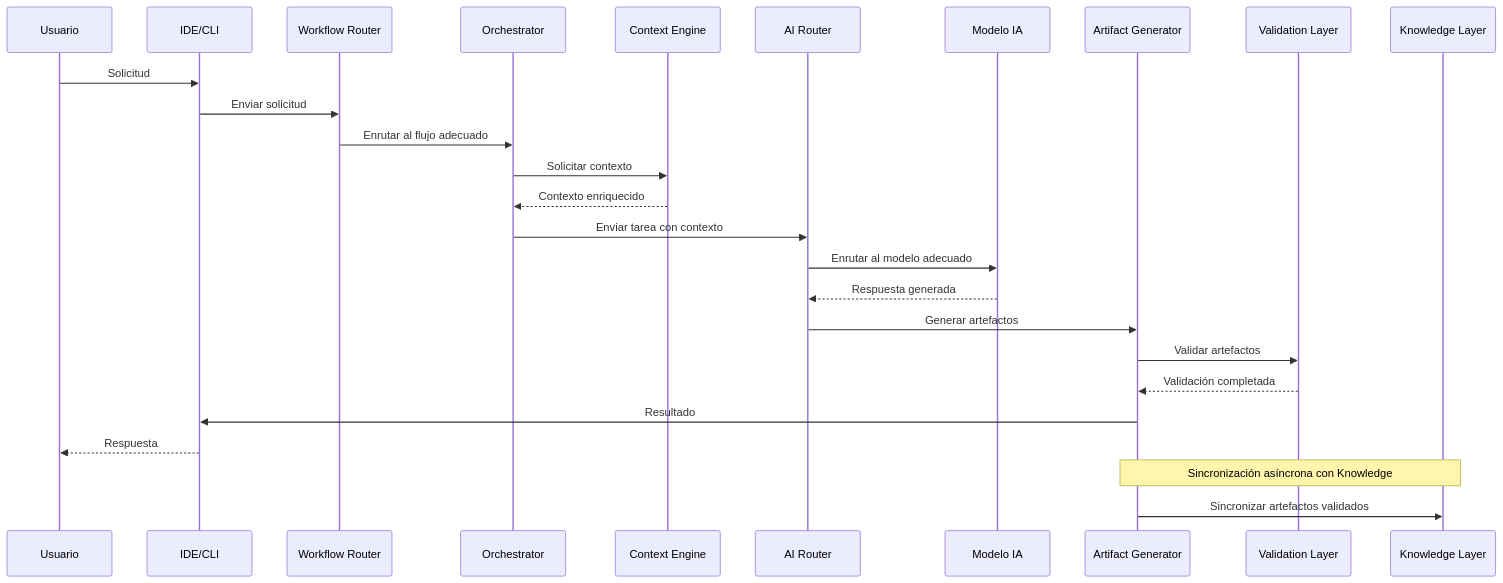
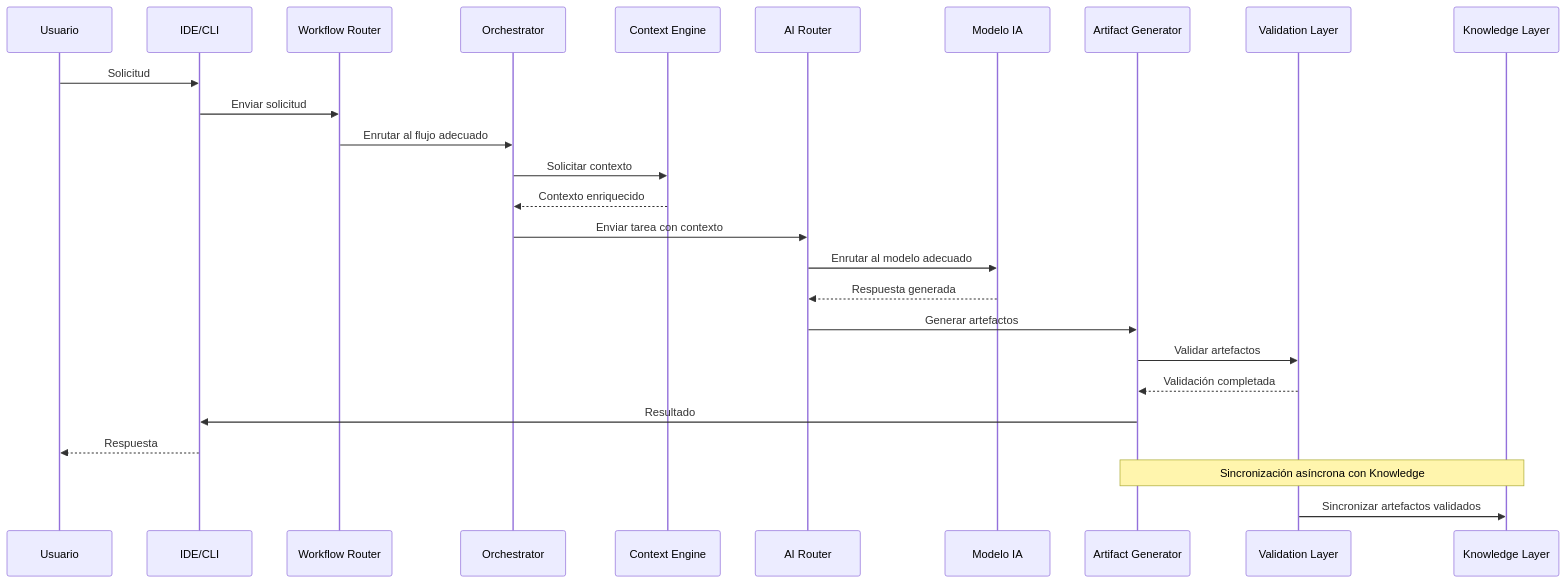
Before and after one commit to EQ-LABS-TECH/ee-monorepo: the fourth of 5 diagrams in docs/architecture/EE-DOC-004_Engineering_Architecture.md, drawn with Mermaid. The commit also changed other lines of this file and 14 other files, not shown here.

````diff
--- a/docs/architecture/EE-DOC-004_Engineering_Architecture.md
+++ b/docs/architecture/EE-DOC-004_Engineering_Architecture.md
@@ -363,30 +398,30 @@
 ```mermaid
 sequenceDiagram
-    participant U as Usuario
-    participant I as IDE/CLI
-    participant W as Workflow Router
-    participant O as Orchestrator
-    participant C as Context Engine
-    participant A as AI Router
-    participant M as Modelo IA
-    participant G as Artifact Generator
-    participant V as Validation Layer
-    participant K as Knowledge Layer
+ participant U as Usuario
+ participant I as IDE/CLI
+ participant W as Workflow Router
+ participant O as Orchestrator
+ participant C as Context Engine
+ participant A as AI Router
+ participant M as Modelo IA
+ participant G as Artifact Generator
+ participant V as Validation Layer
+ participant K as Knowledge Layer
 
-    U->>I: Solicitud
-    I->>W: Enviar solicitud
-    W->>O: Enrutar al flujo adecuado
-    O->>C: Solicitar contexto
-    C-->>O: Contexto enriquecido
-    O->>A: Enviar tarea con contexto
-    A->>M: Enrutar al modelo adecuado
-    M-->>A: Respuesta generada
-    A->>G: Generar artefactos
-    G->>V: Validar artefactos
-    V-->>G: Validación completada
-    G->>I: Resultado
-    I-->>U: Respuesta
+ U->>I: Solicitud
+ I->>W: Enviar solicitud
+ W->>O: Enrutar al flujo adecuado
+ O->>C: Solicitar contexto
+ C-->>O: Contexto enriquecido
+ O->>A: Enviar tarea con contexto
+ A->>M: Enrutar al modelo adecuado
+ M-->>A: Respuesta generada
+ A->>G: Generar artefactos
+ G->>V: Validar artefactos
+ V-->>G: Validación completada
+ G->>I: Resultado
+ I-->>U: Respuesta
 
-    Note over G,K: Sincronización asíncrona con Knowledge
-    G->>K: Sincronizar artefactos validados
+ Note over G,K: Sincronización asíncrona con Knowledge
+ V->>K: Sincronizar artefactos validados
 ```
````
